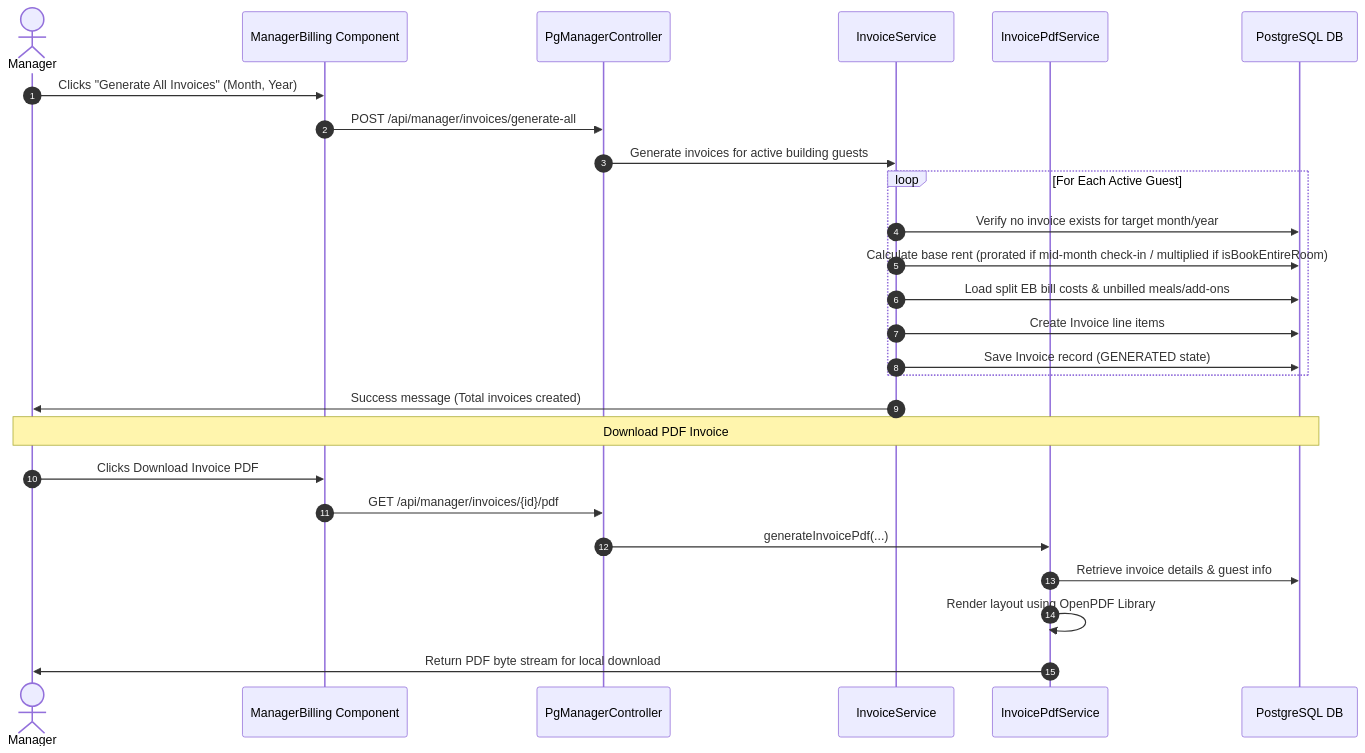
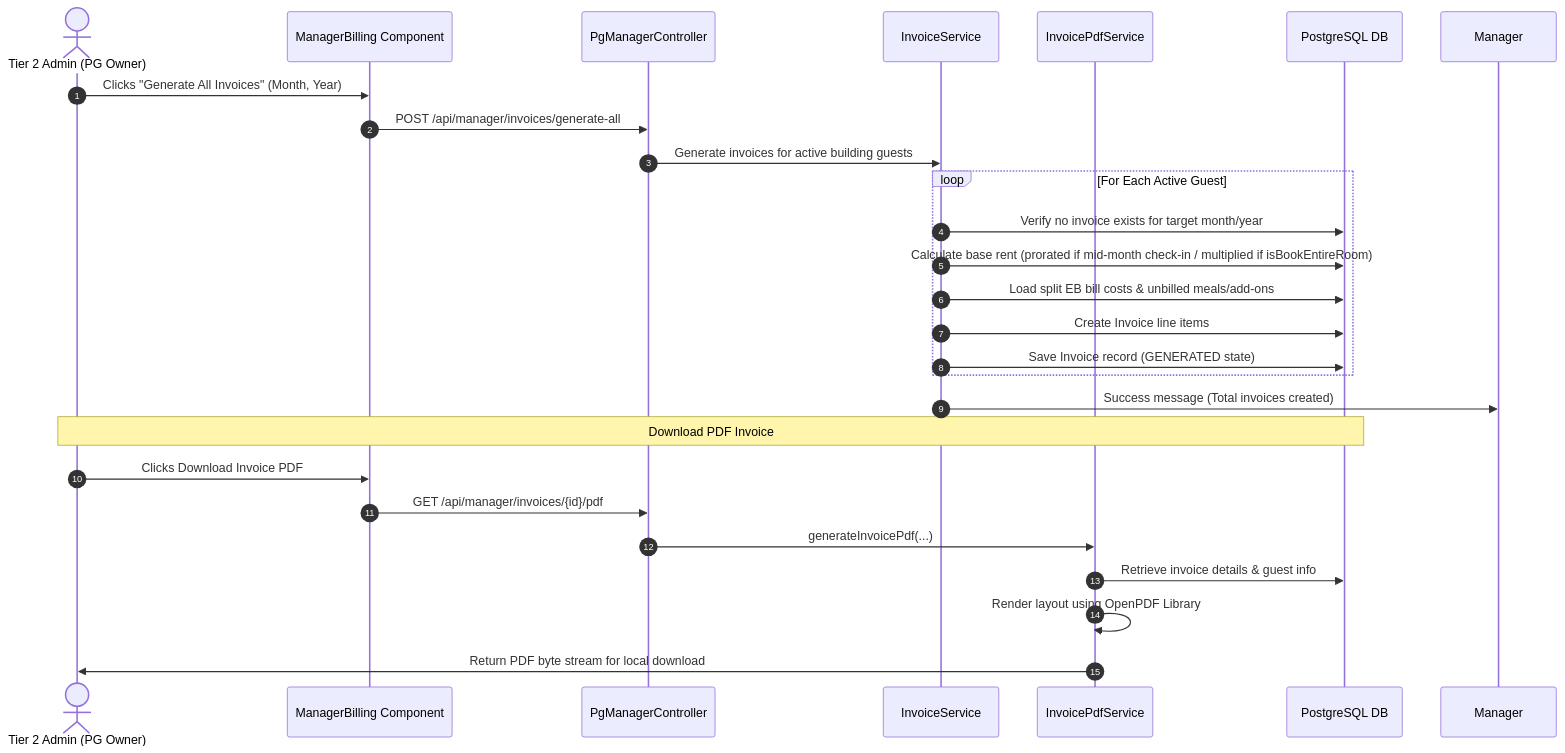
Before and after one commit to rahul-0906/PG-Project: the sixth of 21 diagrams in docs/WORKFLOWS.md, drawn with Mermaid. The commit also changed other lines of this file and 7 other files, not shown here.

Commit message:
Comprehensive documentation overhaul: update 4-tier roles, workflows, calculations, architecture, and onboarding SOP

````diff
--- a/docs/WORKFLOWS.md
+++ b/docs/WORKFLOWS.md
@@ -170,30 +181,30 @@
 ```mermaid
 sequenceDiagram
     autonumber
-    actor Manager
+    actor Admin as Tier 2 Admin (PG Owner)
     participant App as ManagerBilling Component
     participant Controller as PgManagerController
     participant Service as InvoiceService
     participant PDF as InvoicePdfService
     participant DB as PostgreSQL DB
 
-    Manager->>App: Clicks "Generate All Invoices" (Month, Year)
+    Admin->>App: Clicks "Generate All Invoices" (Month, Year)
     App->>Controller: POST /api/manager/invoices/generate-all
     Controller->>Service: Generate invoices for active building guests
     loop For Each Active Guest
         Service->>DB: Verify no invoice exists for target month/year
         Service->>DB: Calculate base rent (prorated if mid-month check-in / multiplied if isBookEntireRoom)
         Service->>DB: Load split EB bill costs & unbilled meals/add-ons
         Service->>DB: Create Invoice line items
         Service->>DB: Save Invoice record (GENERATED state)
     end
     Service->>Manager: Success message (Total invoices created)
     
-    Note over Manager, DB: Download PDF Invoice
-    Manager->>App: Clicks Download Invoice PDF
+    Note over Admin, DB: Download PDF Invoice
+    Admin->>App: Clicks Download Invoice PDF
     App->>Controller: GET /api/manager/invoices/{id}/pdf
     Controller->>PDF: generateInvoicePdf(...)
     PDF->>DB: Retrieve invoice details & guest info
     PDF->>PDF: Render layout using OpenPDF Library
-    PDF->>Manager: Return PDF byte stream for local download
+    PDF->>Admin: Return PDF byte stream for local download
 ```
````
